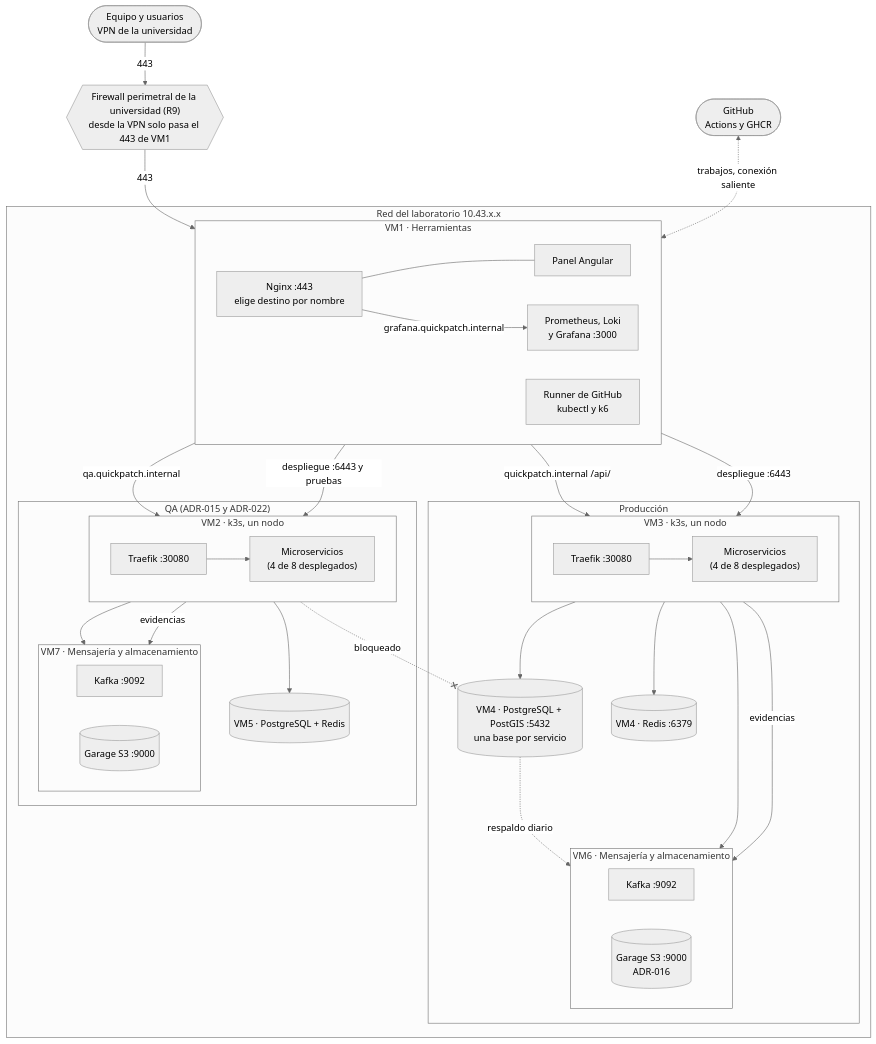
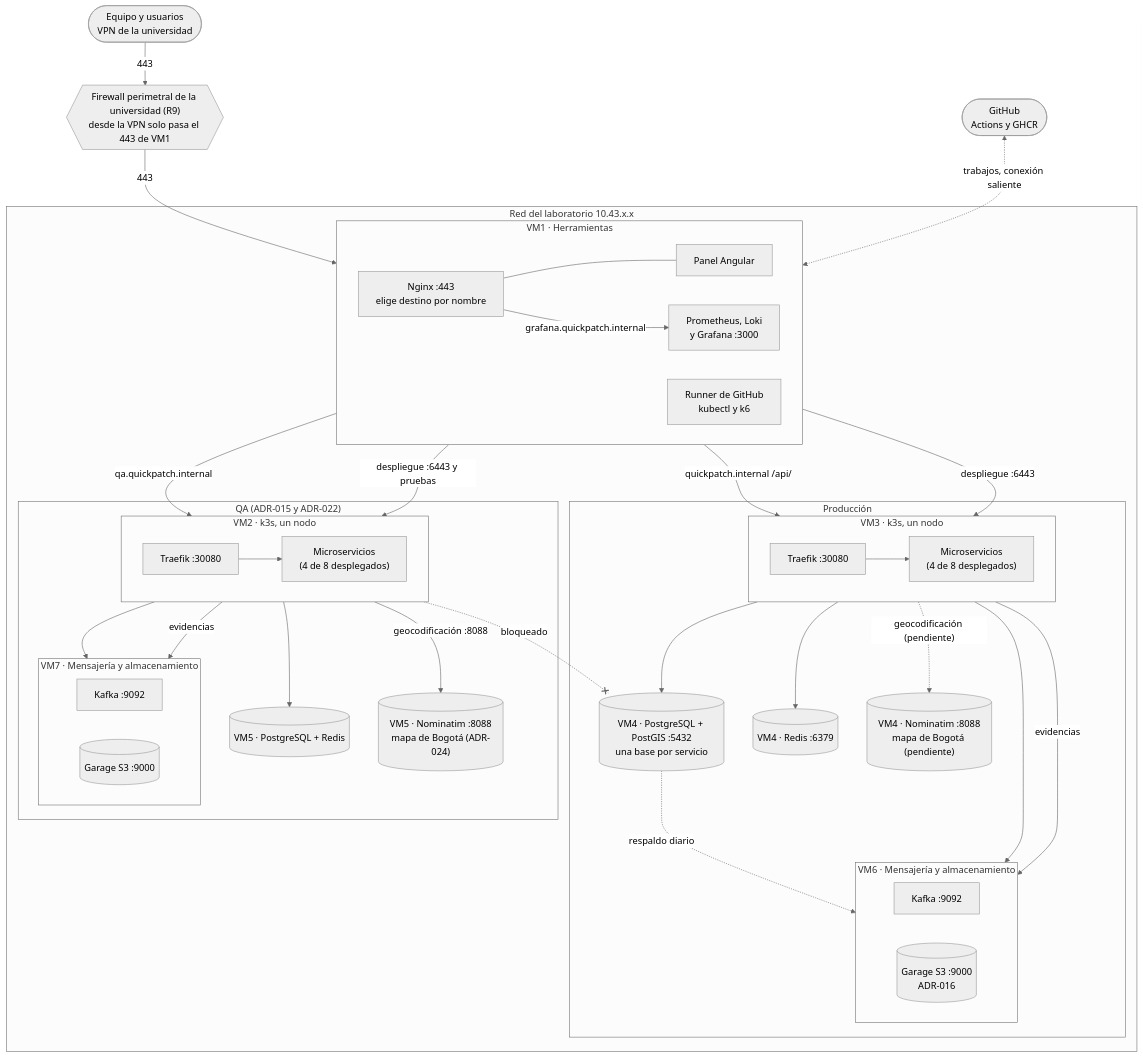
Before and after one commit to ARQUI-202630/quickpatch: the first of 5 diagrams in docs/infrastructure/INFRASTRUCTURE.md, drawn with Mermaid (neutral theme). The commit also changed other lines of this file and 2 other files, not shown here.

Commit message:
docs(infra): Nominatim en el documento de infraestructura 3.6 y adenda del ADR-024 (SCRUM-454)

````diff
--- a/docs/infrastructure/INFRASTRUCTURE.md
+++ b/docs/infrastructure/INFRASTRUCTURE.md
@@ -51,59 +51,63 @@
 ```mermaid
 flowchart TB
     EQ(["Equipo y usuarios<br/>VPN de la universidad"])
     PERIM{{"Firewall perimetral de la universidad (R9)<br/>desde la VPN solo pasa el 443 de VM1"}}
     GH(["GitHub<br/>Actions y GHCR"])
 
     subgraph LAB["Red del laboratorio 10.43.x.x"]
         subgraph VM1["VM1 · Herramientas"]
             direction LR
             NGX["Nginx :443<br/>elige destino por nombre"]
             PANEL["Panel Angular"]
             RUN["Runner de GitHub<br/>kubectl y k6"]
             OBS["Prometheus, Loki<br/>y Grafana :3000"]
         end
         subgraph PROD["Producción"]
             subgraph VM3["VM3 · k3s, un nodo"]
                 direction LR
                 TRF["Traefik :30080"] --> MS["Microservicios<br/>(4 de 8 desplegados)"]
             end
             PG[("VM4 · PostgreSQL + PostGIS :5432<br/>una base por servicio")]
             RD[("VM4 · Redis :6379")]
+            NOM[("VM4 · Nominatim :8088<br/>mapa de Bogotá (pendiente)")]
             subgraph VM6["VM6 · Mensajería y almacenamiento"]
                 direction LR
                 KF["Kafka :9092"]
                 GAR[("Garage S3 :9000<br/>ADR-016")]
             end
         end
         subgraph QAENV["QA (ADR-015 y ADR-022)"]
             subgraph VM2["VM2 · k3s, un nodo"]
                 direction LR
                 TRFQ["Traefik :30080"] --> MSQ["Microservicios<br/>(4 de 8 desplegados)"]
             end
             PGQ[("VM5 · PostgreSQL + Redis")]
+            NOMQ[("VM5 · Nominatim :8088<br/>mapa de Bogotá (ADR-024)")]
             subgraph VM7["VM7 · Mensajería y almacenamiento"]
                 direction LR
                 KFQ["Kafka :9092"]
                 GARQ[("Garage S3 :9000")]
             end
         end
     end
 
     EQ -->|"443"| PERIM -->|"443"| NGX
     NGX --- PANEL
     NGX -->|"quickpatch.internal /api/"| TRF
     NGX -->|"qa.quickpatch.internal"| TRFQ
     NGX -->|"grafana.quickpatch.internal"| OBS
     MS --> PG
     MS --> RD
     MS --> KF
     MS -->|"evidencias"| GAR
     PG -.->|"respaldo diario"| GAR
     MSQ --> PGQ
     MSQ --> KFQ
+    MSQ -->|"geocodificación :8088"| NOMQ
+    MS -.->|"geocodificación (pendiente)"| NOM
     MSQ -->|"evidencias"| GARQ
     RUN -->|"despliegue :6443"| TRF
     RUN -->|"despliegue :6443 y pruebas"| TRFQ
     GH <-.->|"trabajos, conexión saliente"| RUN
     MSQ -. "bloqueado" .-x PG
 ```
````
